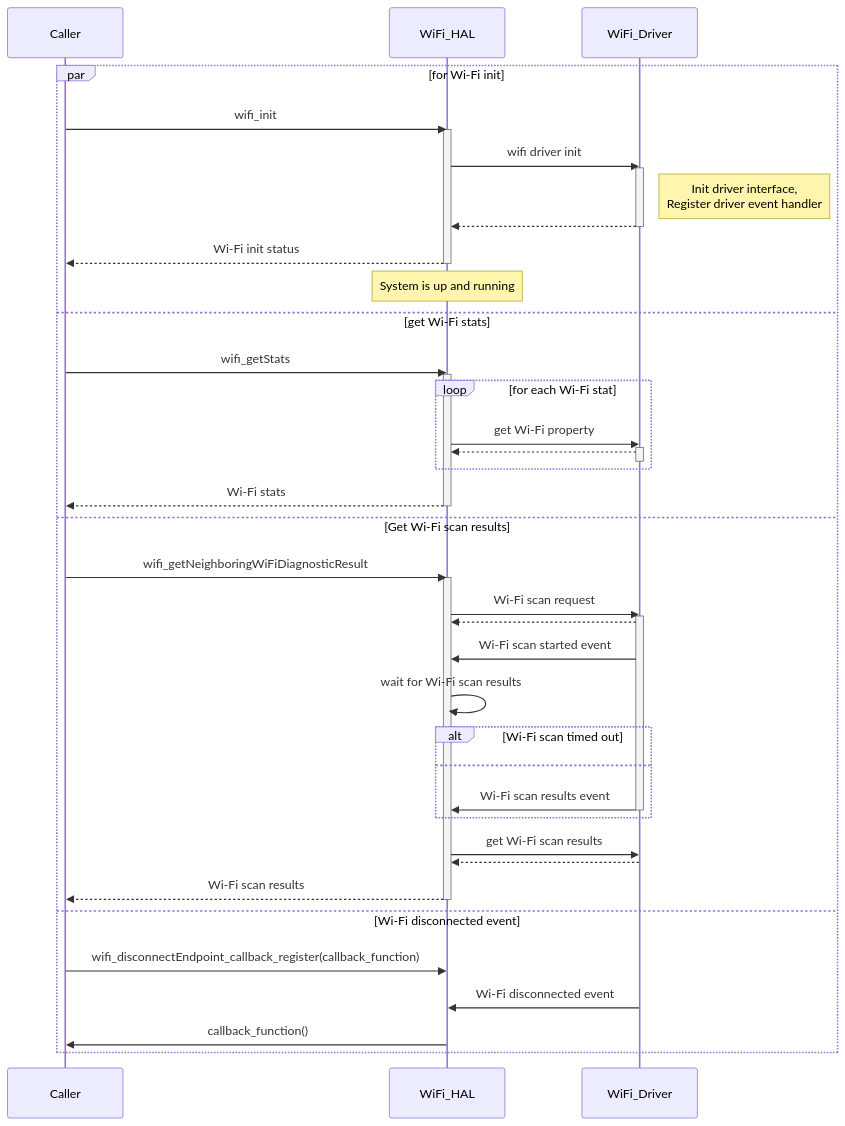
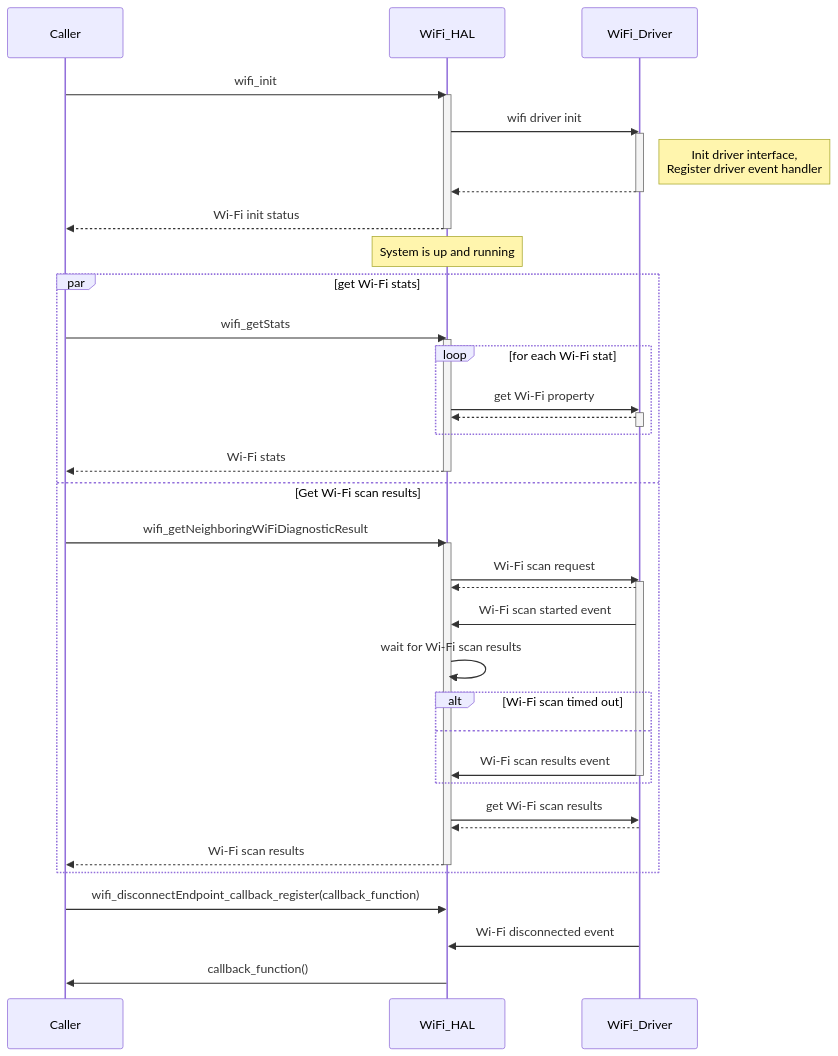
The second of 2 diagrams in docs/pages/halSpec.md (rdkcentral/rdkv-halif-wifi), drawn with Mermaid before and after one commit.

Commit message:
RDK-36874: Updated sequence diagram

````diff
--- a/docs/pages/halSpec.md
+++ b/docs/pages/halSpec.md
@@ -220,51 +220,50 @@
 ```mermaid
 sequenceDiagram
     participant Caller
     participant WiFi_HAL
     participant WiFi_Driver
 
-    par for Wi-Fi init
+
     Caller->>WiFi_HAL: wifi_init
     activate WiFi_HAL
     WiFi_HAL->>WiFi_Driver: wifi driver init
     activate WiFi_Driver
     Note right of WiFi_Driver: Init driver interface,<br/>Register driver event handler
     WiFi_Driver-->>WiFi_HAL: 
     deactivate WiFi_Driver
     WiFi_HAL-->>Caller: Wi-Fi init status
     deactivate WiFi_HAL
     Note over WiFi_HAL: System is up and running
-    and get Wi-Fi stats
+    par get Wi-Fi stats
     Caller->>WiFi_HAL: wifi_getStats
     activate WiFi_HAL
     loop for each Wi-Fi stat
     WiFi_HAL->>WiFi_Driver: get Wi-Fi property
     activate WiFi_Driver
     WiFi_Driver-->>WiFi_HAL: 
     deactivate WiFi_Driver
     end
     WiFi_HAL-->>Caller: Wi-Fi stats
     deactivate WiFi_HAL
     and Get Wi-Fi scan results
     Caller->>WiFi_HAL: wifi_getNeighboringWiFiDiagnosticResult
     activate WiFi_HAL
     WiFi_HAL->>WiFi_Driver: Wi-Fi scan request
     activate WiFi_Driver
     WiFi_Driver-->>WiFi_HAL: 
     WiFi_Driver->>WiFi_HAL: Wi-Fi scan started event
     WiFi_HAL->>WiFi_HAL: wait for Wi-Fi scan results
     alt Wi-Fi scan timed out
     else
     WiFi_Driver->>WiFi_HAL: Wi-Fi scan results event
     deactivate WiFi_Driver
     end
     WiFi_HAL->>WiFi_Driver: get Wi-Fi scan results
     WiFi_Driver-->>WiFi_HAL: 
     WiFi_HAL-->>Caller: Wi-Fi scan results
     deactivate WiFi_HAL
-    and Wi-Fi disconnected event
+    end
     Caller->>WiFi_HAL: wifi_disconnectEndpoint_callback_register(callback_function)
     WiFi_Driver->>WiFi_HAL: Wi-Fi disconnected event
     WiFi_HAL->>Caller: callback_function()
-    end
 ```
````
